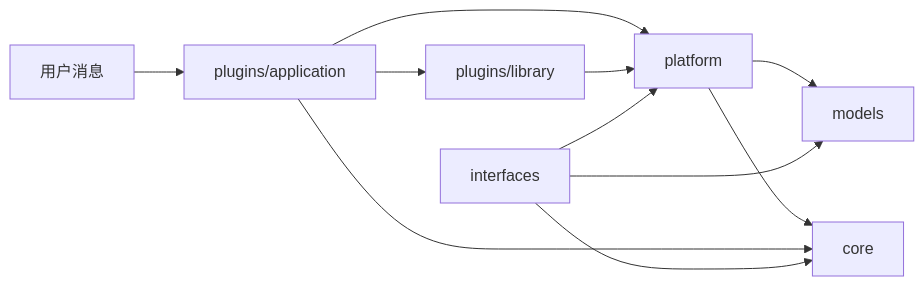
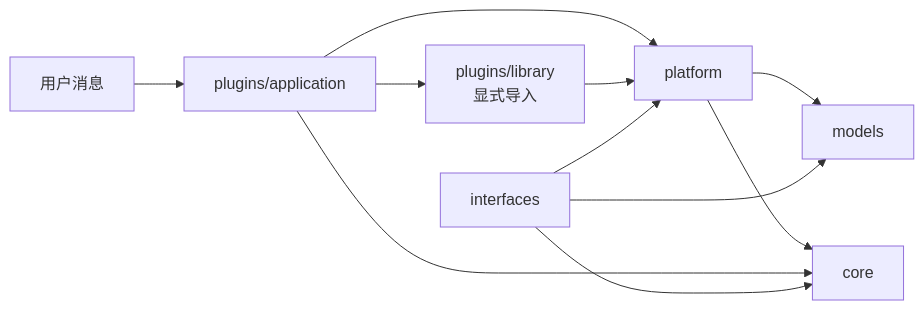
Before and after one commit to ClassRobot/ClassRobot: the third of 4 diagrams in src/README.md, drawn with Mermaid. The commit also changed other lines of this file and 74 other files, not shown here.

Commit message:
Refine plugin loading and bot access architecture

````diff
--- a/src/README.md
+++ b/src/README.md
@@ -63,13 +65,13 @@
 ```mermaid
 flowchart LR
     User["用户消息"] --> App["plugins/application"]
-    App --> Lib["plugins/library"]
+    App --> Lib["plugins/library<br/>显式导入"]
     App --> Platform["platform"]
     Lib --> Platform
     Platform --> Models["models"]
     Platform --> Core["core"]
     App --> Core
     Interfaces["interfaces"] --> Platform
     Interfaces --> Core
     Interfaces --> Models
 ```
````
